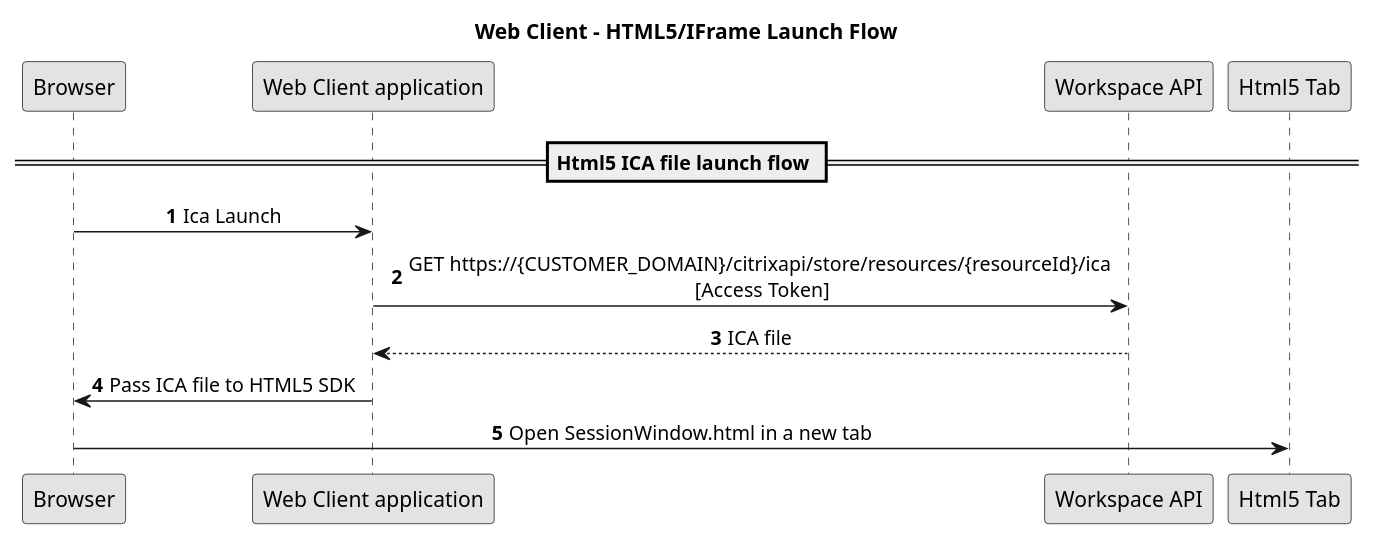
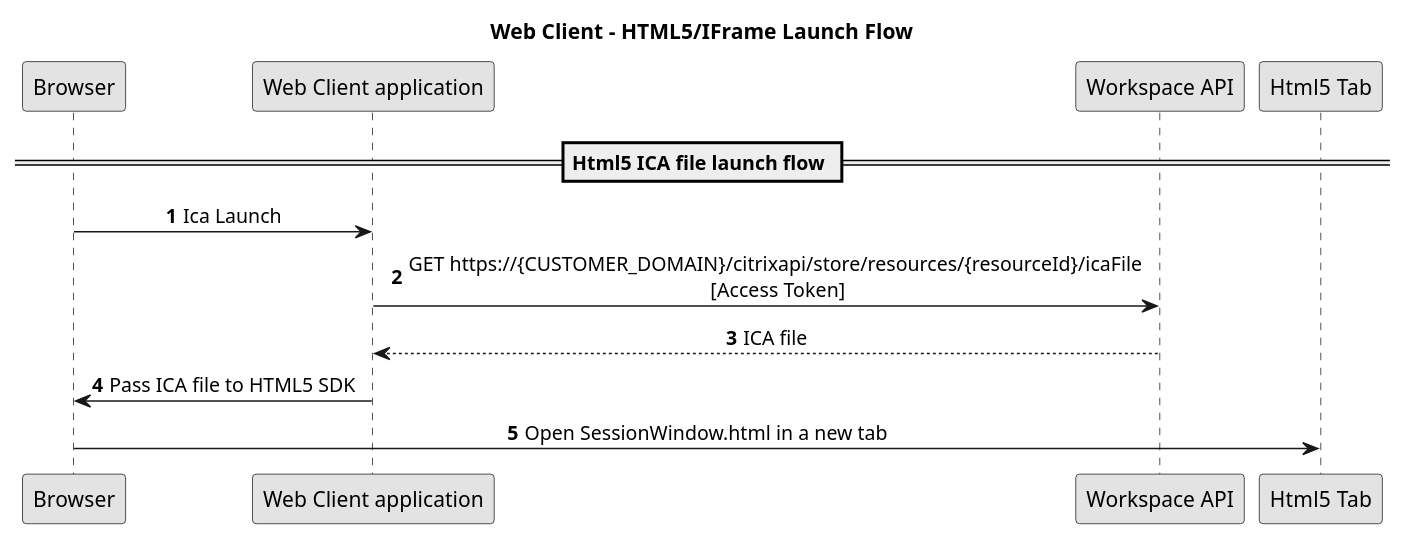
One commit to citrix/citrix-unified-workspace-api-web-example changed the diagram in sequence/html5-launch-flow.puml. Above: the diagram before and after it, drawn with PlantUML. The commit also changed 15 other files, not shown here.

```diff
--- a/sequence/html5-launch-flow.puml
+++ b/sequence/html5-launch-flow.puml
@@ -1,18 +1,18 @@
 @startuml "html5-launch-flow"
 
 title Web Client - HTML5/IFrame Launch Flow
 skinparam DefaultTextAlignment Center
 skinparam monochrome true
 autonumber
 participant "Browser" as browser 
 participant "Web Client application" as wca
 participant "Workspace API" as wspapi
 participant "Html5 Tab" as tab 
 
 == Html5 ICA file launch flow ==
 browser -> wca : Ica Launch
-wca -> wspapi : GET https://{CUSTOMER_DOMAIN}/citrixapi/store/resources/{resourceId}/ica\n [Access Token]
+wca -> wspapi : GET https://{CUSTOMER_DOMAIN}/citrixapi/store/resources/{resourceId}/icaFile\n [Access Token]
 wspapi --> wca : ICA file
 wca -> browser: Pass ICA file to HTML5 SDK
 browser -> tab : Open SessionWindow.html in a new tab
 @enduml
```
